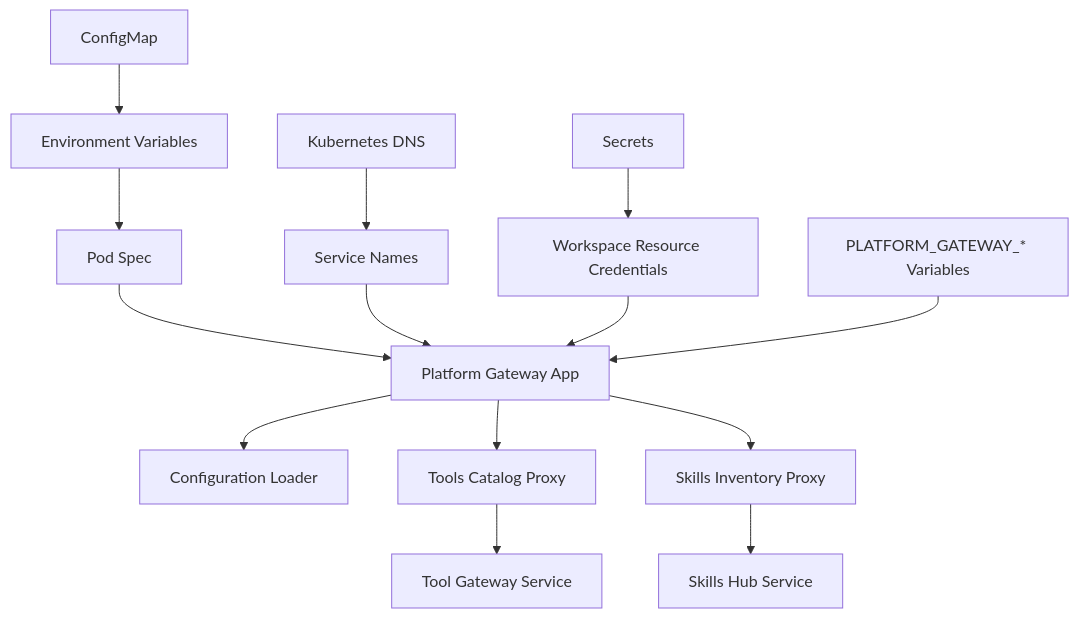
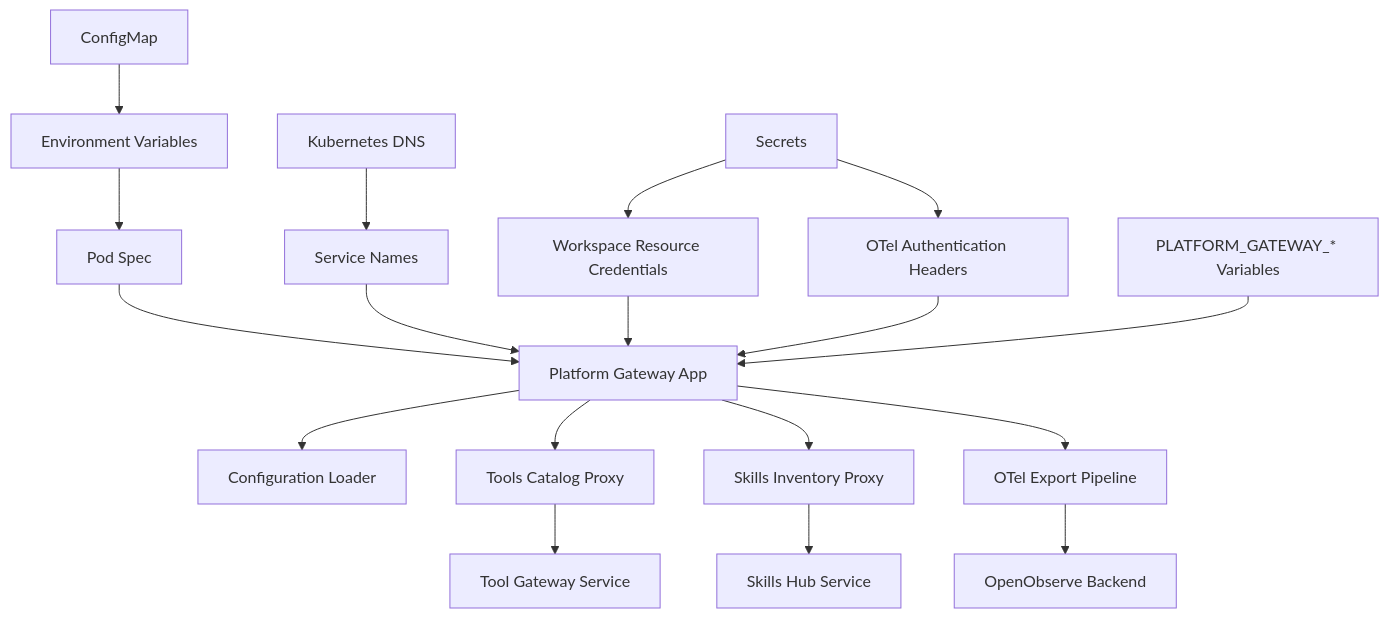
One commit to metasync/luban-aiops changed the eighth of 9 diagrams in .qoder/repowiki/en/content/Tool Gateway Service/Configuration and Environment Setup.md. Above: the diagram before and after it, drawn with Mermaid. The commit also changed other lines of this file and 4 other files, not shown here.

````diff
--- a/.qoder/repowiki/en/content/Tool Gateway Service/Configuration and Environment Setup.md
+++ b/.qoder/repowiki/en/content/Tool Gateway Service/Configuration and Environment Setup.md
@@ -315,16 +424,20 @@
 ```mermaid
 graph TB
 CM["ConfigMap"] --> ENV["Environment Variables"]
 ENV --> POD["Pod Spec"]
 POD --> APP["Platform Gateway App"]
 APP --> CFG["Configuration Loader"]
 DNS["Kubernetes DNS"] --> SVC["Service Names"]
 SVC --> APP
 Secrets["Secrets"] --> WorkspaceCreds["Workspace Resource Credentials"]
+Secrets --> OTelCreds["OTel Authentication Headers"]
 WorkspaceCreds --> APP
+OTelCreds --> APP
 AppEnv["PLATFORM_GATEWAY_* Variables"] --> APP
 APP --> ToolsProxy["Tools Catalog Proxy"]
 APP --> SkillsProxy["Skills Inventory Proxy"]
 ToolsProxy --> ToolsSvc["Tool Gateway Service"]
 SkillsProxy --> SkillsSvc["Skills Hub Service"]
+APP --> OTelExport["OTel Export Pipeline"]
+OTelExport --> Backend["OpenObserve Backend"]
 ```
````
